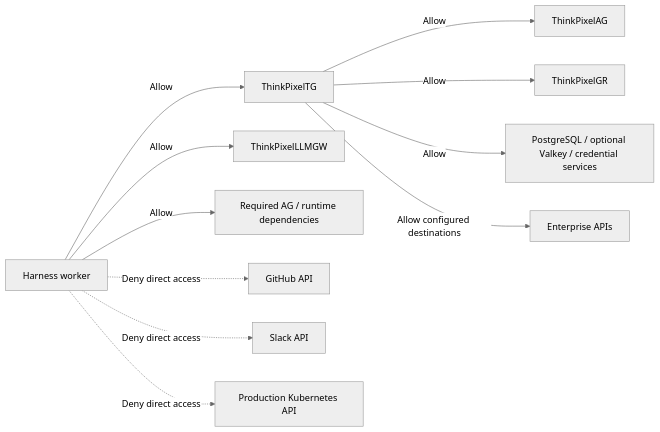
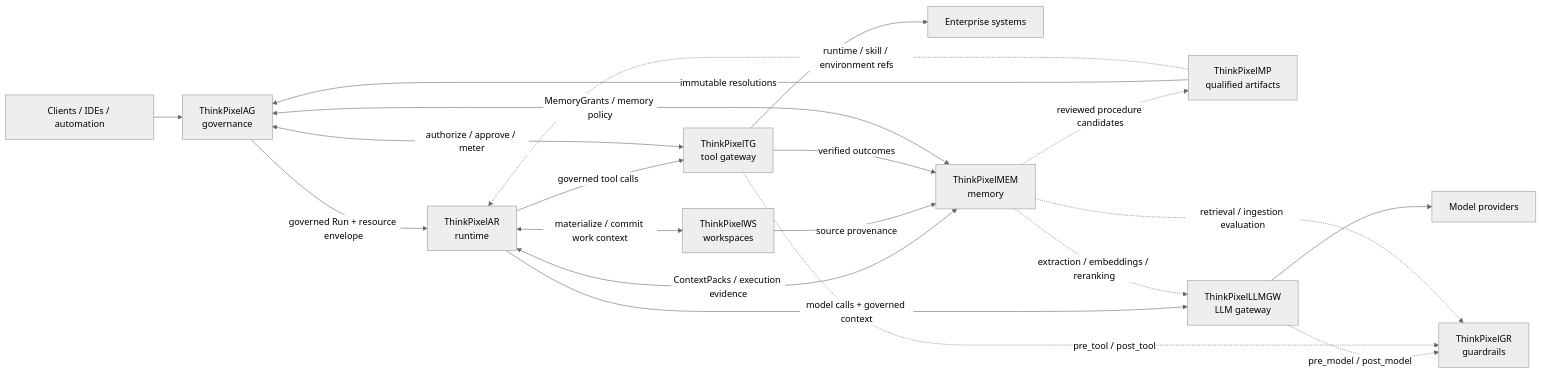
One commit to bdobrica/ThinkPixelTG changed the diagram in README.md. Above: the diagram before and after it, drawn with Mermaid (neutral theme). The commit also changed other lines of this file and 4 other files, not shown here.

Commit message:
docs: align repository with ThinkPixel platform

````diff
--- a/README.md
+++ b/README.md
@@ -524,15 +97,27 @@
 ```mermaid
 flowchart LR
-    H[Harness worker]
-    H -->|Allow| TG[ThinkPixelTG]
-    H -->|Allow| GW[ThinkPixelLLMGW]
-    H -->|Allow| RUNTIME[Required AG / runtime dependencies]
-    H -.->|Deny direct access| GH[GitHub API]
-    H -.->|Deny direct access| SL[Slack API]
-    H -.->|Deny direct access| K8S[Production Kubernetes API]
+    C[Clients / IDEs / automation] --> AG[ThinkPixelAG<br/>governance]
+    AG -->|governed Run + resource envelope| AR[ThinkPixelAR<br/>runtime]
 
-    TG -->|Allow| AG[ThinkPixelAG]
-    TG -->|Allow| GR[ThinkPixelGR]
-    TG -->|Allow| STATE[PostgreSQL / optional Valkey / credential services]
-    TG -->|Allow configured destinations| DOWN[Enterprise APIs]
+    MP[ThinkPixelMP<br/>qualified artifacts] -->|immutable resolutions| AG
+    MP -.->|runtime / skill / environment refs| AR
+
+    AR <-->|materialize / commit work context| WS[ThinkPixelWS<br/>workspaces]
+
+    AR -->|model calls + governed context| LLMGW[ThinkPixelLLMGW<br/>LLM gateway]
+    LLMGW --> MODEL[Model providers]
+    LLMGW -.->|pre_model / post_model| GR[ThinkPixelGR<br/>guardrails]
+
+    AR -->|governed tool calls| TG[ThinkPixelTG<br/>tool gateway]
+    TG --> SYS[Enterprise systems]
+    TG <-->|authorize / approve / meter| AG
+    TG -.->|pre_tool / post_tool| GR
+
+    AR <-->|ContextPacks / execution evidence| MEM[ThinkPixelMEM<br/>memory]
+    WS -->|source provenance| MEM
+    TG -->|verified outcomes| MEM
+    MEM <-->|MemoryGrants / memory policy| AG
+    MEM -.->|extraction / embeddings / reranking| LLMGW
+    MEM -.->|retrieval / ingestion evaluation| GR
+    MEM -.->|reviewed procedure candidates| MP
 ```
````
